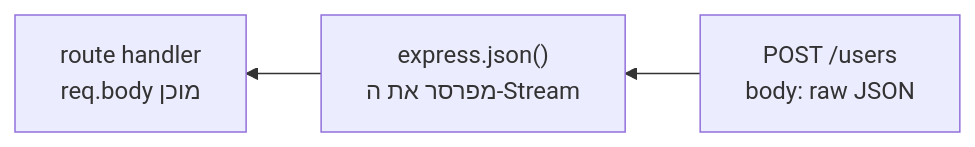
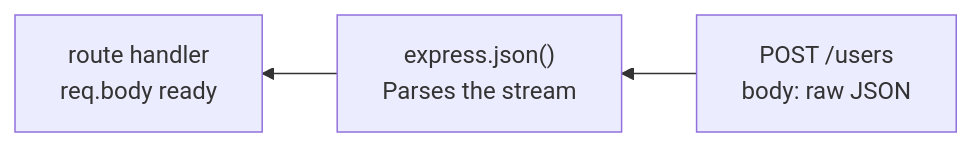
The diagram in content/docs/server/30-express-body-content.md (neriyaMalachi/FullStack_kodkode_5), drawn with Mermaid before and after one commit. The commit also changed other lines of this file and 117 other files, not shown here.

````diff
--- a/content/docs/server/30-express-body-content.md
+++ b/content/docs/server/30-express-body-content.md
@@ -49,8 +49,8 @@
 ```mermaid
 flowchart RL
     Req["POST /users
     body: raw JSON"] --> MW["express.json()
-    מפרסר את ה-Stream"]
+    Parses the stream"]
     MW --> Handler["route handler
-    req.body מוכן"]
+    req.body ready"]
 ```
````
